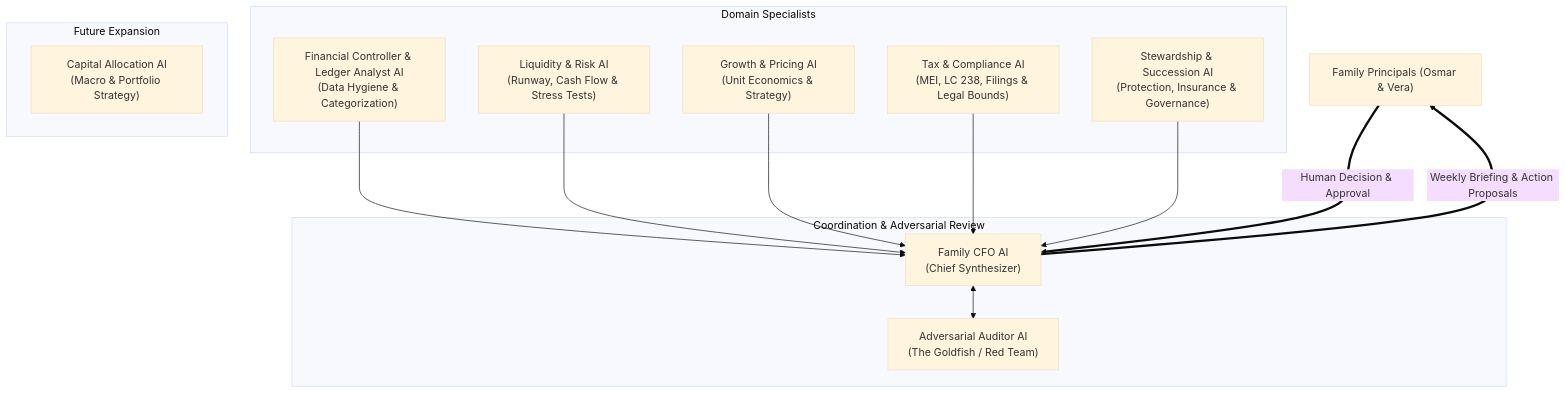
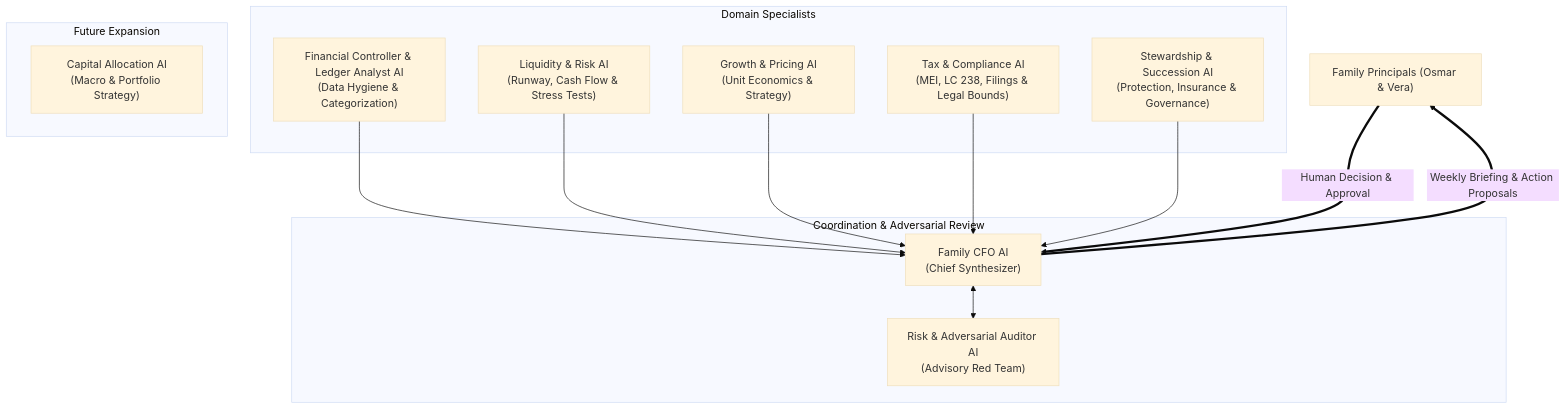
One commit to Henzen3d/open-family-office changed the diagram in docs/AI_GOVERNANCE.md. Above: the diagram before and after it, drawn with Mermaid (base theme). The commit also changed other lines of this file and 23 other files, not shown here.

````diff
--- a/docs/AI_GOVERNANCE.md
+++ b/docs/AI_GOVERNANCE.md
@@ -32,31 +32,31 @@
 ```mermaid
 graph TD
     User["Family Principals (Osmar & Vera)"]
     
     subgraph Leadership["Coordination & Adversarial Review"]
         CFO["Family CFO AI<br/>(Chief Synthesizer)"]
-        Goldfish["Adversarial Auditor AI<br/>(The Goldfish / Red Team)"]
+        RedTeam["Risk & Adversarial Auditor AI<br/>(Advisory Red Team)"]
     end
     
     subgraph Specialists["Domain Specialists"]
         Controller["Financial Controller & Ledger Analyst AI<br/>(Data Hygiene & Categorization)"]
         Risk["Liquidity & Risk AI<br/>(Runway, Cash Flow & Stress Tests)"]
         Growth["Growth & Pricing AI<br/>(Unit Economics & Strategy)"]
         Tax["Tax & Compliance AI<br/>(MEI, LC 238, Filings & Legal Bounds)"]
         Steward["Stewardship & Succession AI<br/>(Protection, Insurance & Governance)"]
     end
     
     subgraph Future["Future Expansion"]
         CapAlloc["Capital Allocation AI<br/>(Macro & Portfolio Strategy)"]
     end
 
     Controller --> CFO
     Risk --> CFO
     Growth --> CFO
     Tax --> CFO
     Steward --> CFO
     
-    CFO <--> Goldfish
+    CFO <--> RedTeam
     CFO ==>|Weekly Briefing & Action Proposals| User
     User ==>|Human Decision & Approval| CFO
 ```
````
